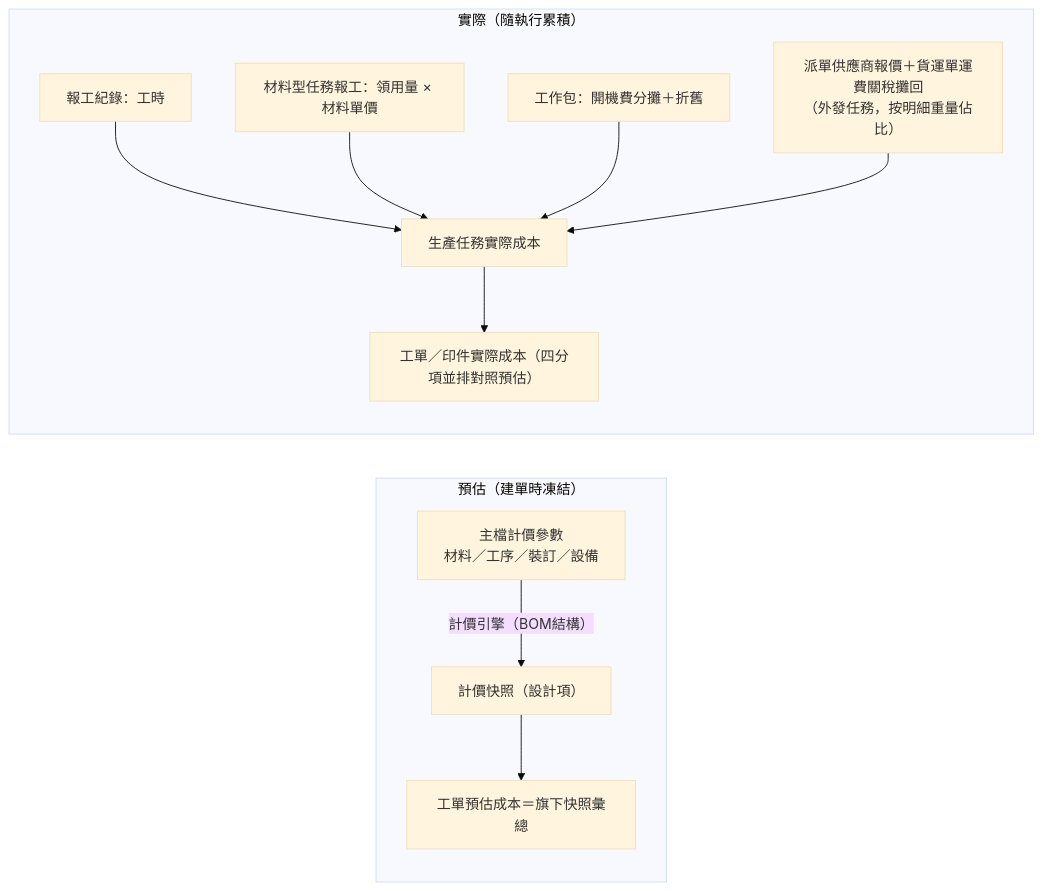
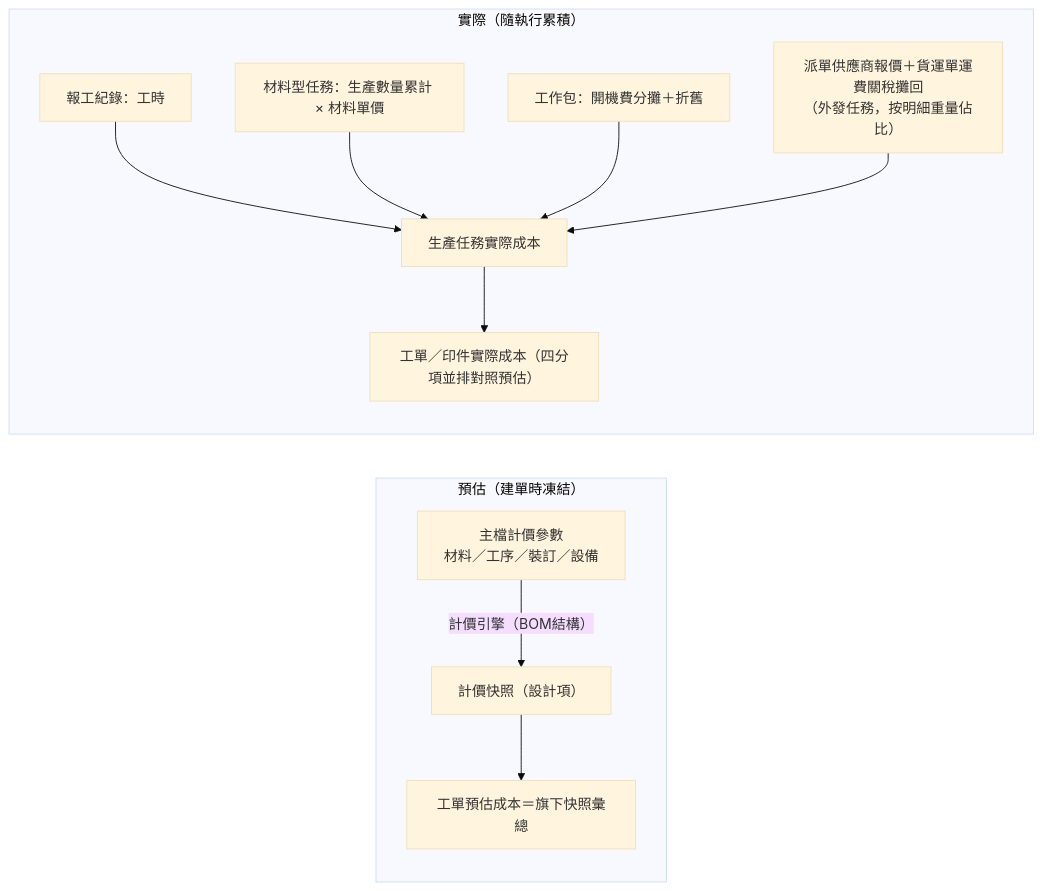
One commit to Kawato-Miles/erp-spec changed the fourth of 4 diagrams in memory/Sens_wiki/wiki/erp/05-entities/生產領域資料結構總覽.md. Above: the diagram before and after it, drawn with Mermaid (base theme). The commit also changed other lines of this file and 15 other files, not shown here.

````diff
--- a/memory/Sens_wiki/wiki/erp/05-entities/生產領域資料結構總覽.md
+++ b/memory/Sens_wiki/wiki/erp/05-entities/生產領域資料結構總覽.md
@@ -105,14 +105,14 @@
 ```mermaid
 flowchart LR
     subgraph 預估["預估（建單時凍結）"]
         C1["主檔計價參數<br>材料／工序／裝訂／設備"] -->|"計價引擎（BOM結構）"| C2["計價快照（設計項）"]
         C2 --> C3["工單預估成本＝旗下快照彙總"]
     end
     subgraph 實際["實際（隨執行累積）"]
         D1["報工紀錄：工時"] --> D5["生產任務實際成本"]
-        D2["材料型任務報工：領用量 × 材料單價"] --> D5
+        D2["材料型任務：生產數量累計 × 材料單價"] --> D5
         D3["工作包：開機費分攤＋折舊"] --> D5
         D4["派單供應商報價＋貨運單運費關稅攤回<br>（外發任務，按明細重量佔比）"] --> D5
         D5 --> D6["工單／印件實際成本（四分項並排對照預估）"]
     end
 ```
````
